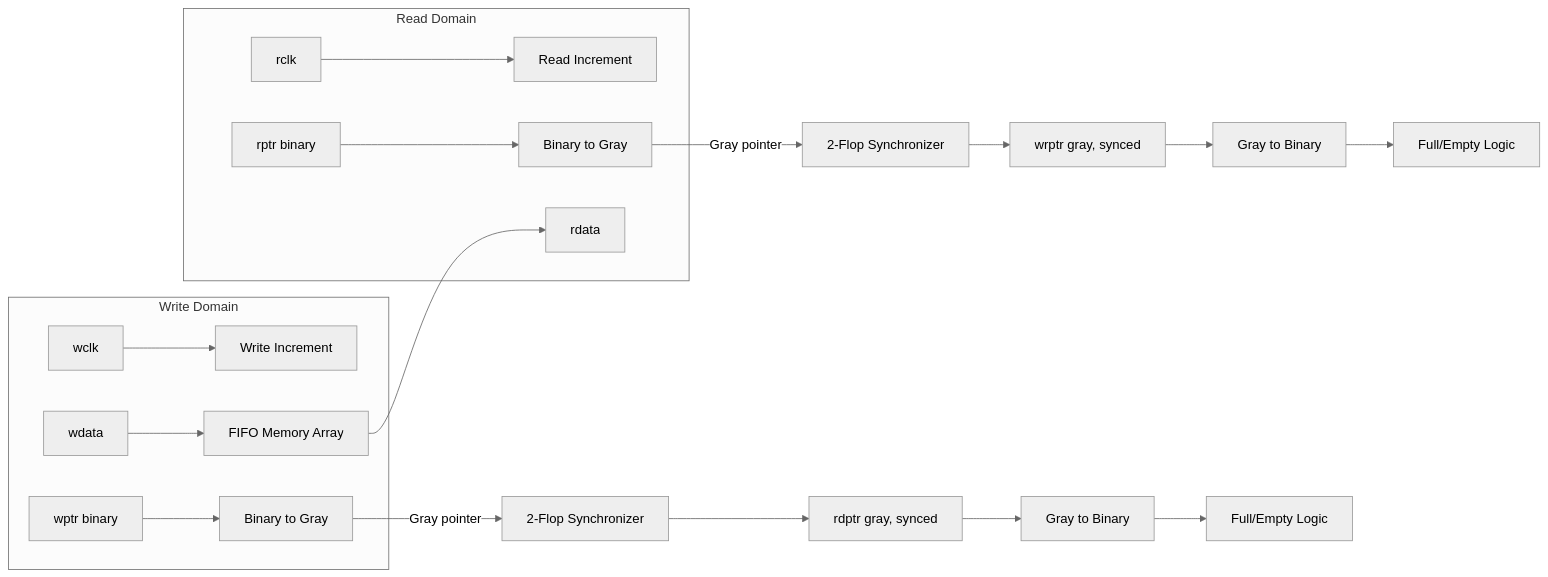
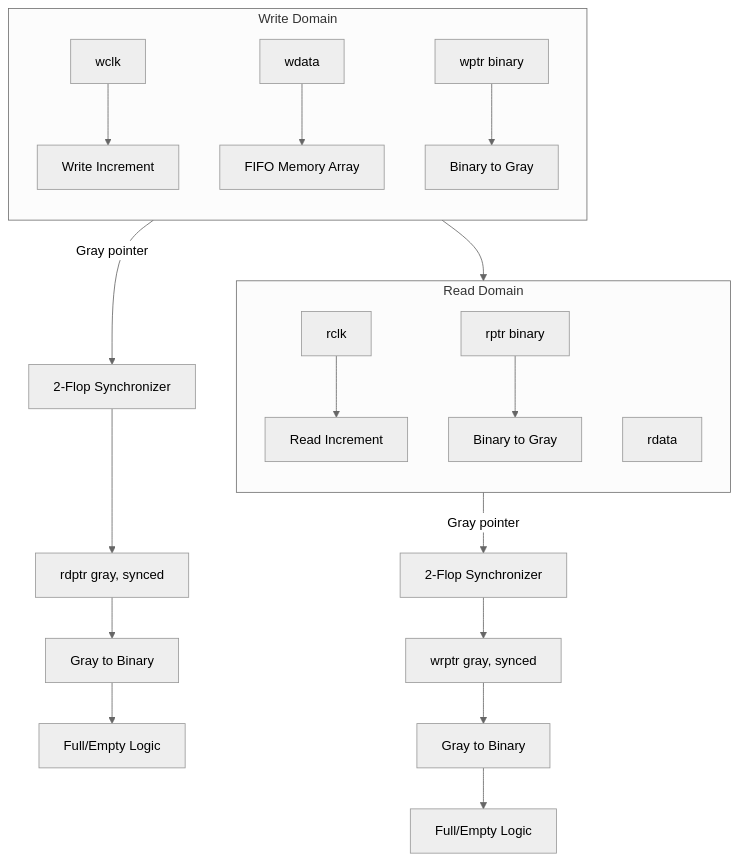
The second of 6 diagrams in hardware_design/Architecture/AHB_AXI_APB.md (Wty2003328/ai_infra_intro), drawn with Mermaid (neutral theme) before and after one commit. The commit also changed other lines of this file and 13 other files, not shown here.

````diff
--- a/hardware_design/Architecture/AHB_AXI_APB.md
+++ b/hardware_design/Architecture/AHB_AXI_APB.md
@@ -1374,21 +1374,23 @@
 ```mermaid
-flowchart LR
+flowchart TB
     subgraph Write Domain
+        direction TB
         WCLK[wclk] --> WINC[Write Increment]
         WDATA[wdata] --> FIFO_MEM[FIFO Memory Array]
         WPTR_BIN[wptr binary] --> W2G[Binary to Gray]
     end
     W2G -->|Gray pointer| SYNC_WR_TO_RD[2-Flop Synchronizer]
     SYNC_WR_TO_RD --> RPTR_G[rdptr gray, synced]
     RPTR_G --> G2B_RD[Gray to Binary]
     G2B_RD --> RD_LOGIC[Full/Empty Logic]
     subgraph Read Domain
+        direction TB
         RCLK[rclk] --> RINC[Read Increment]
         FIFO_MEM --> RDATA[rdata]
         RPTR_BIN[rptr binary] --> R2G[Binary to Gray]
     end
     R2G -->|Gray pointer| SYNC_RD_TO_WR[2-Flop Synchronizer]
     SYNC_RD_TO_WR --> WPTR_G[wrptr gray, synced]
     WPTR_G --> G2B_WR[Gray to Binary]
     G2B_WR --> WR_LOGIC[Full/Empty Logic]
 ```
````
